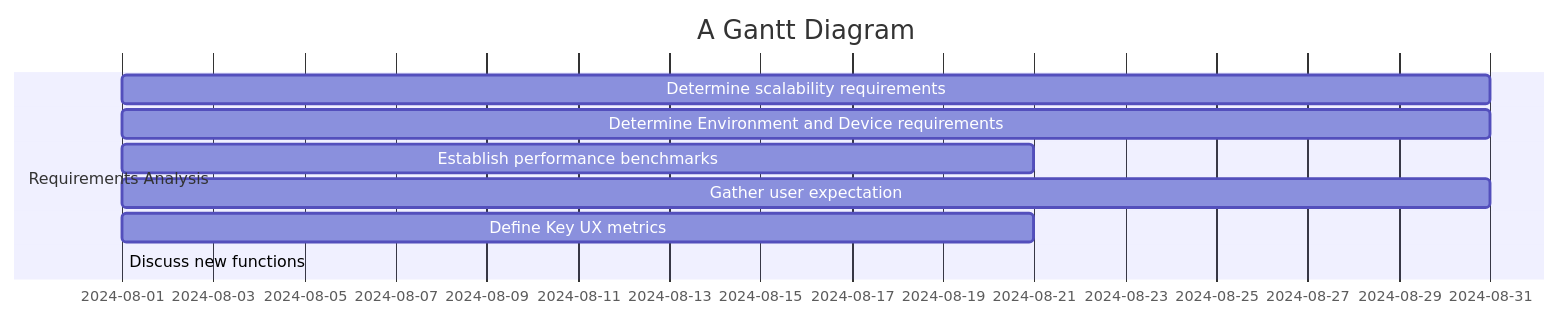
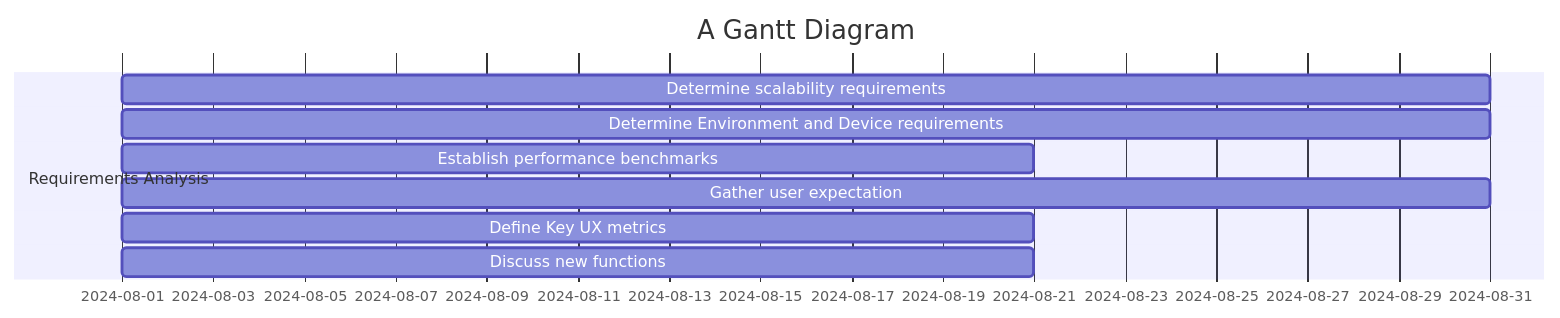
The diagram in all/Untitled-2.md (sayshelley/iodraw-files), drawn with Mermaid before and after one commit.

Commit message:
2024-10-04 23:49:23 update

````diff
--- a/all/Untitled-2.md
+++ b/all/Untitled-2.md
@@ -1,21 +1,21 @@
 ```mermaid
 gantt
     title A Gantt Diagram
     dateFormat  YYYY-MM-DD
     section Requirements Analysis
         Determine scalability requirements: a1, 2024-08-01, 30d
         Determine Environment and Device requirements: a2, 2024-08-01, 30d
         Establish performance benchmarks: a3, 2024-08-01, 20d
         Gather user expectation: a4, 2024-08-01, 30d
         Define Key UX metrics: a5, 2024-08-01, 20d
-        Discuss new functions: a6, 2024-08-01, 
+        Discuss new functions: a6, 2024-08-01, 20d
     section Design
-
+        
     section Develop
 
 
     
 
 
    
 ```
````
